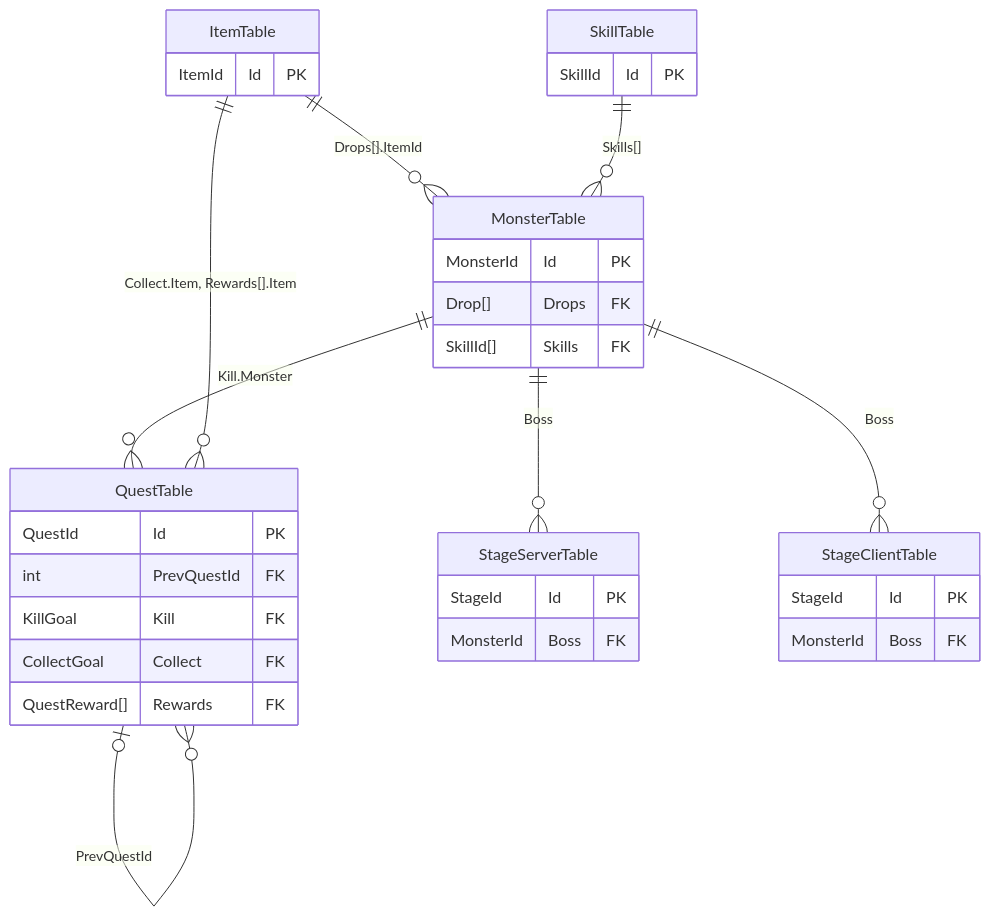
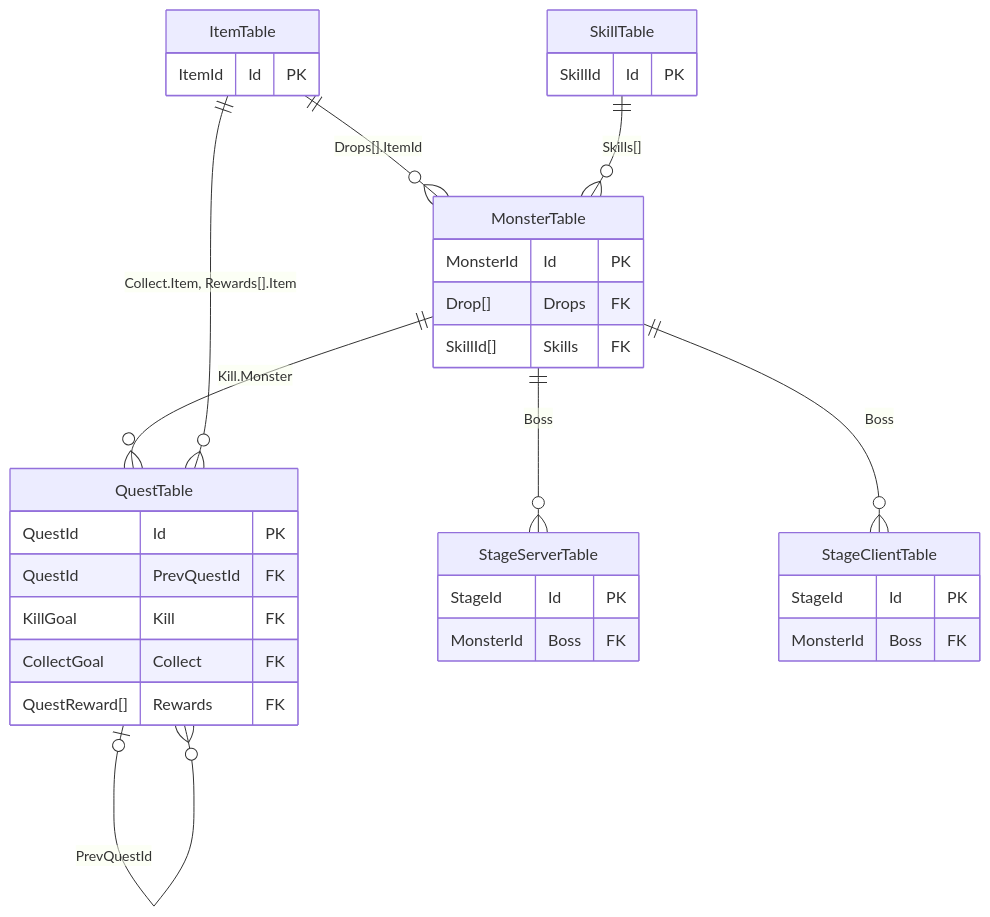
One commit to bluekms/StaticDataPipeline changed the second of 5 diagrams in ScenarioTest/Feature/Rpg/README.md. Above: the diagram before and after it, drawn with Mermaid. The commit also changed 5 other files, not shown here.

````diff
--- a/ScenarioTest/Feature/Rpg/README.md
+++ b/ScenarioTest/Feature/Rpg/README.md
@@ -60,37 +60,37 @@
 ```mermaid
 erDiagram
     ItemTable ||--o{ MonsterTable : "Drops[].ItemId"
     SkillTable ||--o{ MonsterTable : "Skills[]"
     MonsterTable ||--o{ QuestTable : "Kill.Monster"
     ItemTable ||--o{ QuestTable : "Collect.Item, Rewards[].Item"
     QuestTable |o--o{ QuestTable : "PrevQuestId"
     MonsterTable ||--o{ StageServerTable : "Boss"
     MonsterTable ||--o{ StageClientTable : "Boss"
 
     ItemTable {
         ItemId Id PK
     }
     SkillTable {
         SkillId Id PK
     }
     MonsterTable {
         MonsterId Id PK
         Drop[] Drops FK
         SkillId[] Skills FK
     }
     QuestTable {
         QuestId Id PK
-        int PrevQuestId FK
+        QuestId PrevQuestId FK
         KillGoal Kill FK
         CollectGoal Collect FK
         QuestReward[] Rewards FK
     }
     StageServerTable {
         StageId Id PK
         MonsterId Boss FK
     }
     StageClientTable {
         StageId Id PK
         MonsterId Boss FK
     }
 ```
````
